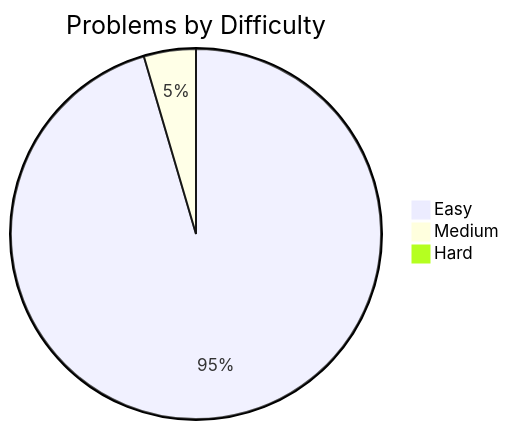
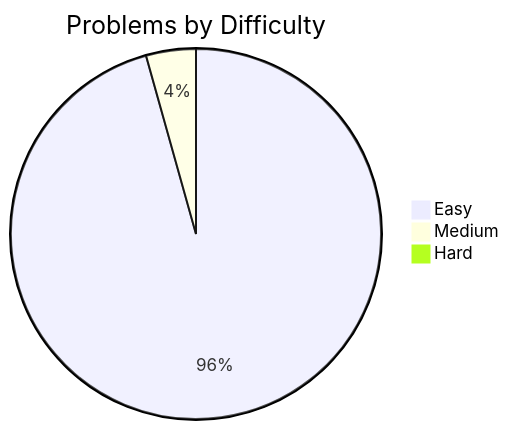
Before and after one commit to davelin18yufan/leetcode-journal: the diagram in README.md, drawn with Mermaid. The commit also changed other lines of this file and 1 other file, not shown here.

````diff
--- a/README.md
+++ b/README.md
@@ -9,7 +9,7 @@
 ```mermaid
 pie
     title Problems by Difficulty
-    "Easy" : 21
+    "Easy" : 22
     "Medium" : 1
     "Hard" : 0
 ```
````
